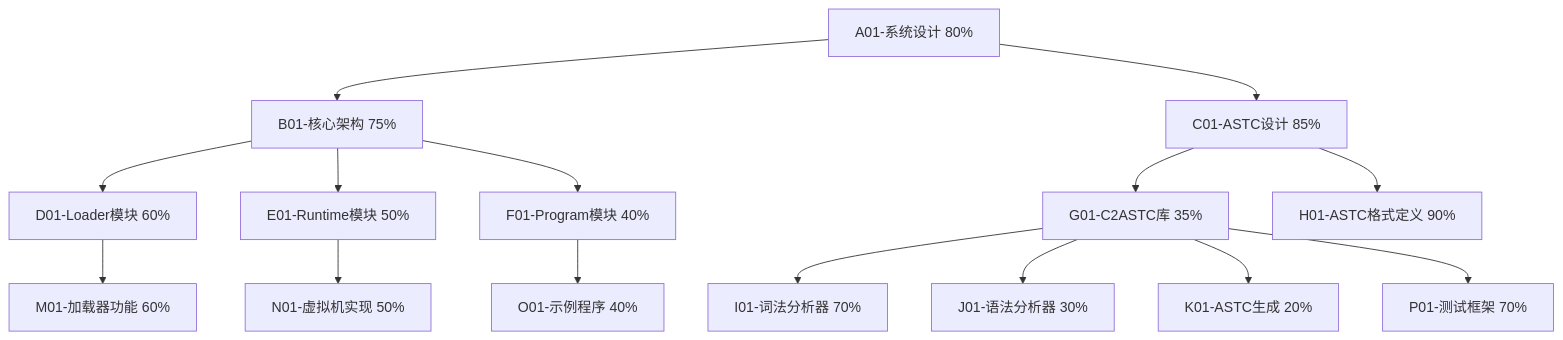
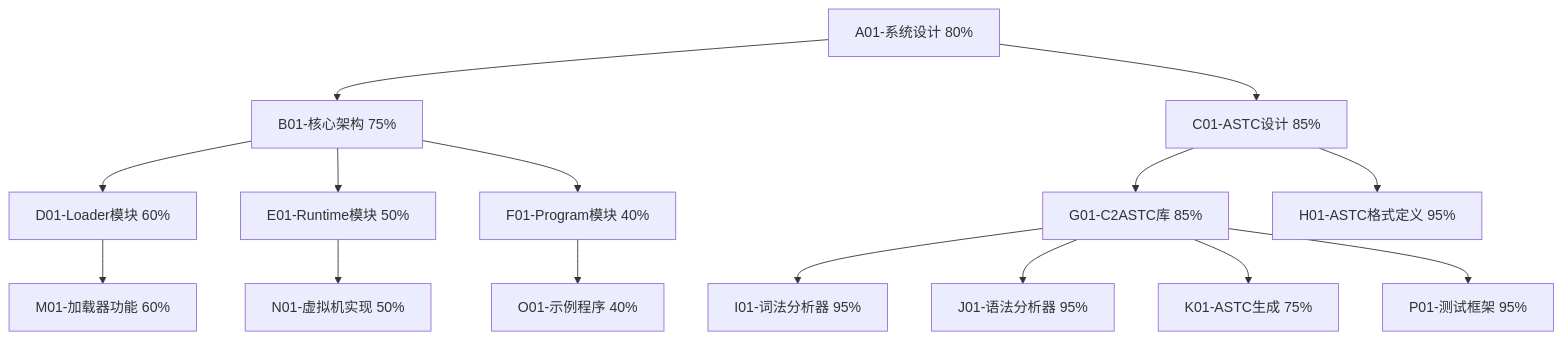
The diagram in aitasker.md (wanjochan/self-evolve-ai), drawn with Mermaid before and after one commit. The commit also changed other lines of this file and 8 other files, not shown here.

````diff
--- a/aitasker.md
+++ b/aitasker.md
@@ -7,22 +7,22 @@
 ```mermaid
 graph TD
     A[A01-系统设计 80%] --> B[B01-核心架构 75%]
     A --> C[C01-ASTC设计 85%]
     
     B --> D[D01-Loader模块 60%]
     B --> E[E01-Runtime模块 50%]
     B --> F[F01-Program模块 40%]
     
-    C --> G[G01-C2ASTC库 35%]
-    C --> H[H01-ASTC格式定义 90%]
+    C --> G[G01-C2ASTC库 85%]
+    C --> H[H01-ASTC格式定义 95%]
     
-    G --> I[I01-词法分析器 70%]
-    G --> J[J01-语法分析器 30%]
-    G --> K[K01-ASTC生成 20%]
+    G --> I[I01-词法分析器 95%]
+    G --> J[J01-语法分析器 95%]
+    G --> K[K01-ASTC生成 75%]
     
     D --> M[M01-加载器功能 60%]
     E --> N[N01-虚拟机实现 50%]
     F --> O[O01-示例程序 40%]
     
-    G --> P[P01-测试框架 70%]
+    G --> P[P01-测试框架 95%]
 ```
````
